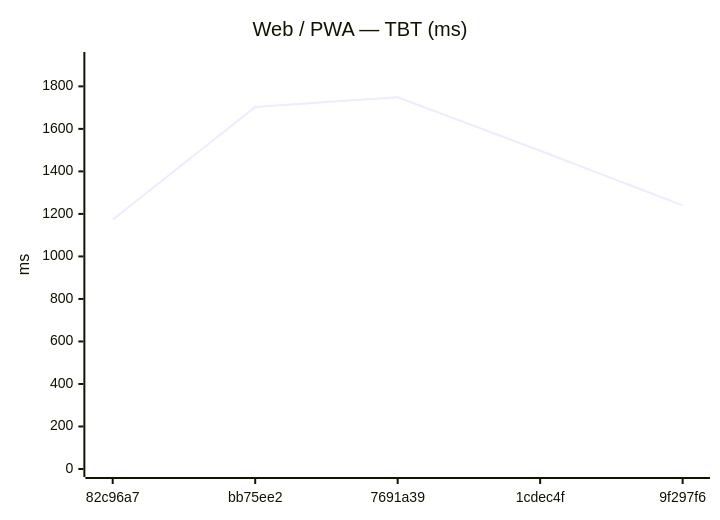
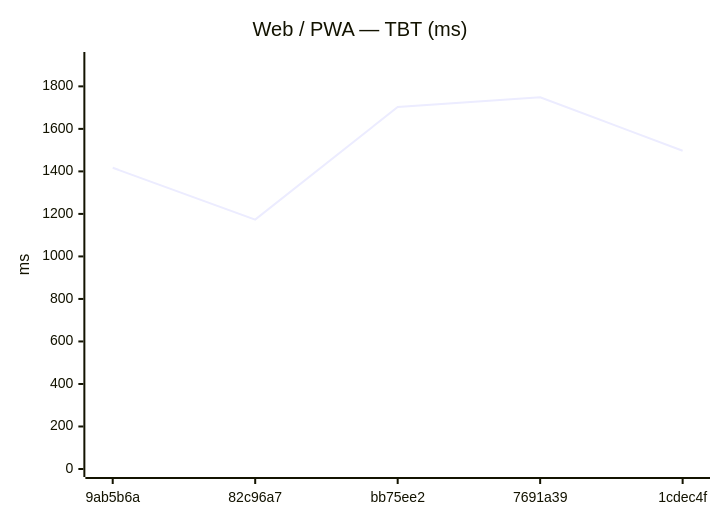
Before and after one commit to Metaheurist/Rianell: the eighth of 18 diagrams in benchmarks/compare.md, drawn with Mermaid. The commit also changed other lines of this file and 11 other files, not shown here.

````diff
--- a/benchmarks/compare.md
+++ b/benchmarks/compare.md
@@ -124,7 +124,7 @@
 ```mermaid
 xychart-beta
     title "Web / PWA — TBT (ms)"
-    x-axis ["82c96a7", "bb75ee2", "7691a39", "1cdec4f", "9f297f6"]
+    x-axis ["9ab5b6a", "82c96a7", "bb75ee2", "7691a39", "1cdec4f"]
     y-axis "ms" 0 --> 1924
-    line [1173, 1703, 1749, 1497, 1240]
+    line [1417, 1173, 1703, 1749, 1497]
 ```
````
